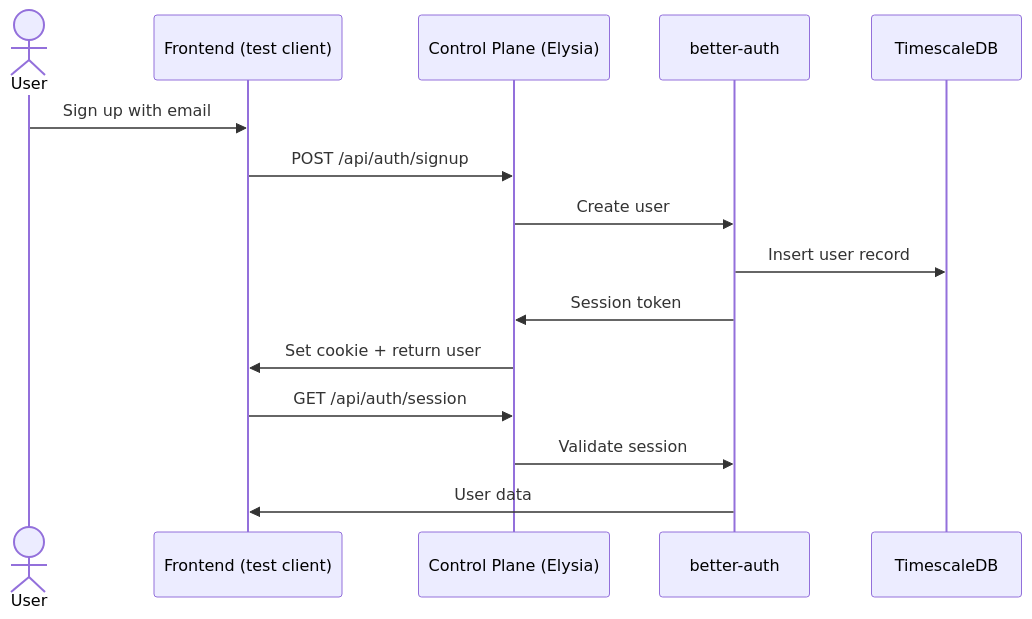
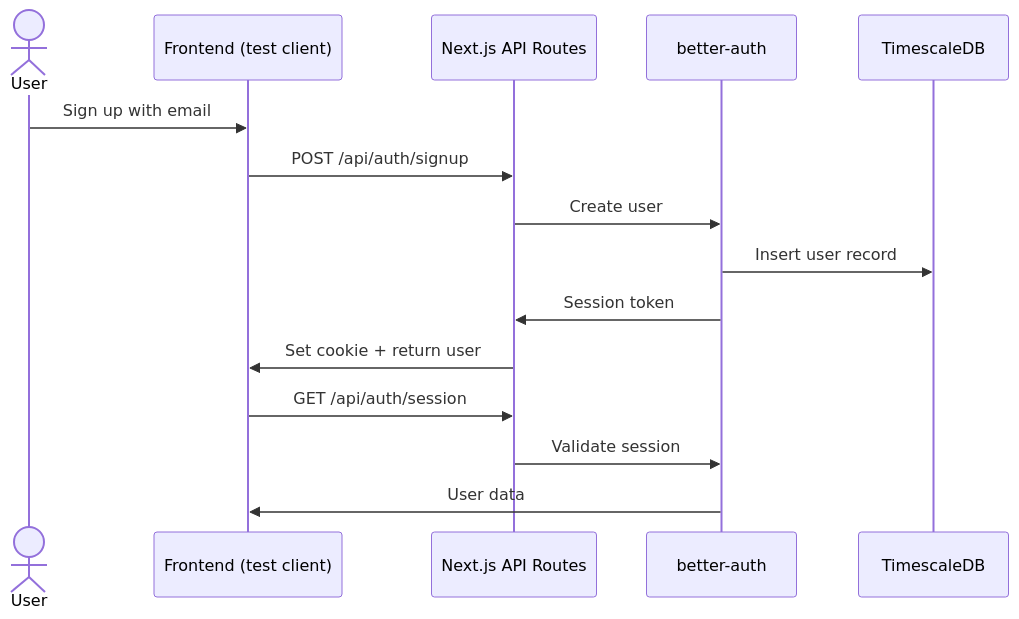
Before and after one commit to 1qh/claw: the fourth of 4 diagrams in plan/01-foundation.md, drawn with Mermaid. The commit also changed other lines of this file and 181 other files, not shown here.

````diff
--- a/plan/01-foundation.md
+++ b/plan/01-foundation.md
@@ -262,18 +261,18 @@
 ```mermaid
 sequenceDiagram
     actor User
     participant FE as Frontend (test client)
-    participant CP as Control Plane (Elysia)
+    participant CP as Next.js API Routes
     participant BA as better-auth
     participant DB as TimescaleDB
 
     User->>FE: Sign up with email
     FE->>CP: POST /api/auth/signup
     CP->>BA: Create user
     BA->>DB: Insert user record
     BA->>CP: Session token
     CP->>FE: Set cookie + return user
     FE->>CP: GET /api/auth/session
     CP->>BA: Validate session
     BA->>FE: User data
 ```
````
